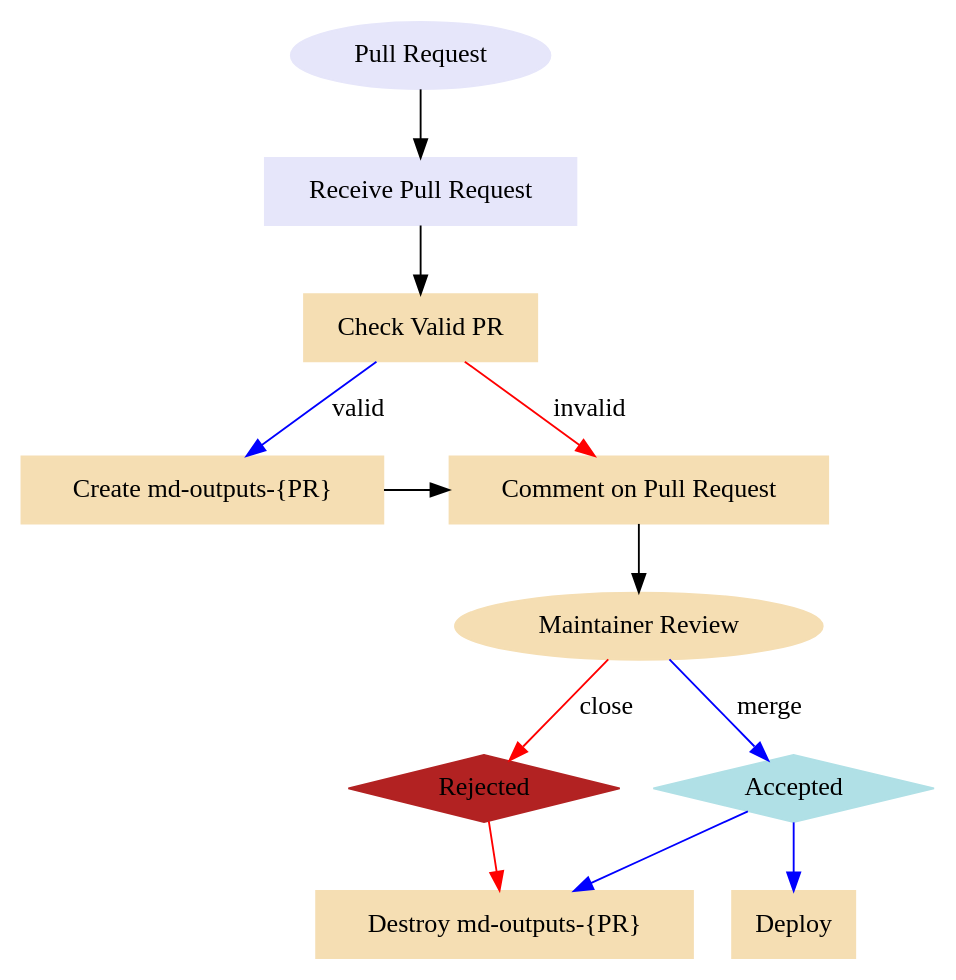
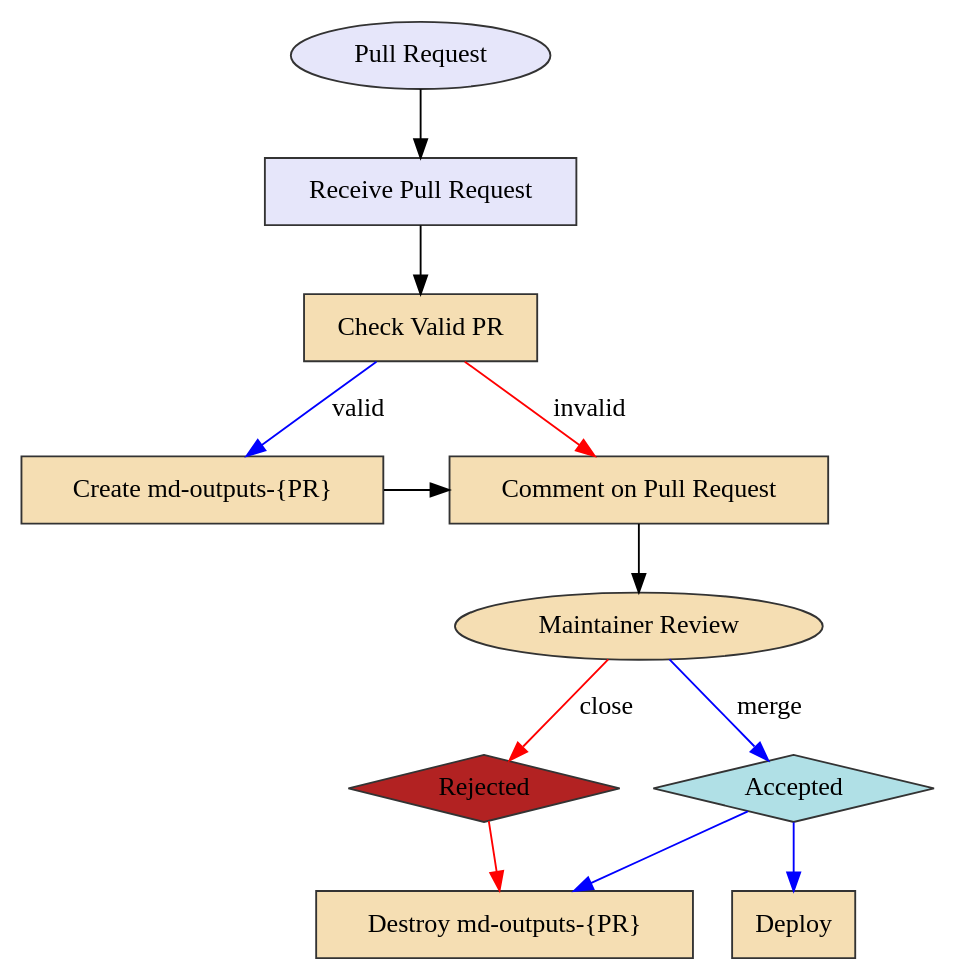
The diagram in img/pr-flow.dot (zkamvar/stunning-barnacle), drawn with Graphviz before and after one commit.

Commit message:
add outlines to PR flow

```diff
--- a/img/pr-flow.dot
+++ b/img/pr-flow.dot
@@ -1,29 +1,29 @@
 digraph "Pull Request Workflow" {
-    node [style="filled" color="lavender", shape="rectangle"]
+    node [style="filled", color="grey20", fillcolor="lavender", shape="rectangle"]
     pr [label="Pull Request", shape="ellipse"]
     receive [label="Receive Pull Request"]
-    node [color="wheat"]
+    node [fillcolor="wheat"]
     validate [label="Check Valid PR"]
     branch [label="Create md-outputs-{PR}"]
     comment [label="Comment on Pull Request"]
     deploy [label="Deploy"]
     destroy [label="Destroy md-outputs-{PR}"]
     review [label="Maintainer Review", shape="ellipse"]
-    reject [label="Rejected", shape="diamond", color="firebrick"]
-    accept [label="Accepted", shape="diamond", color="powderblue"]
+    reject [label="Rejected", shape="diamond", fillcolor="firebrick"]
+    accept [label="Accepted", shape="diamond", fillcolor="powderblue"]
     
     {rank=same; branch, comment}
     {rank=same; accept, reject}
     
     pr -> receive
     receive -> validate
     validate -> branch [color="blue", label="valid"]
     validate -> comment [color="red", label="invalid"]
     branch -> comment
     comment -> review
     review -> reject [label="close", color="red"]
     review -> accept [label="merge", color="blue"]
     accept -> deploy [color="blue"]
     accept -> destroy [color="blue"]
     reject -> destroy [color="red"]
 }
```
